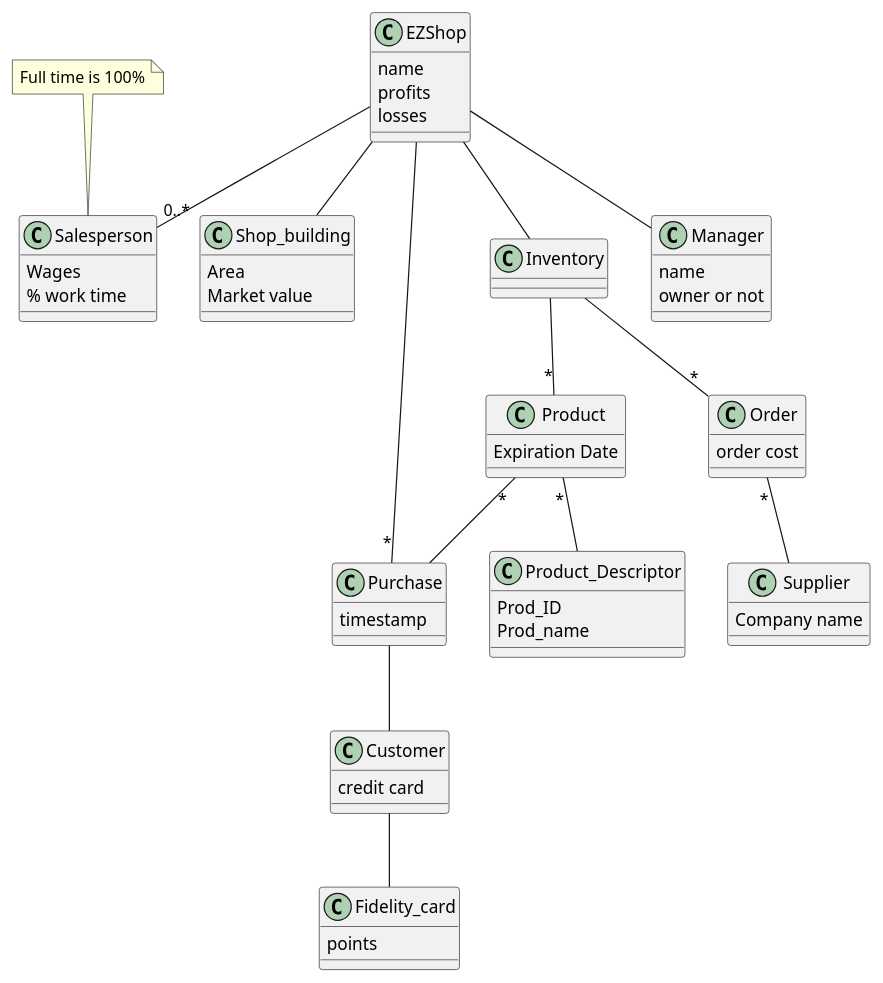
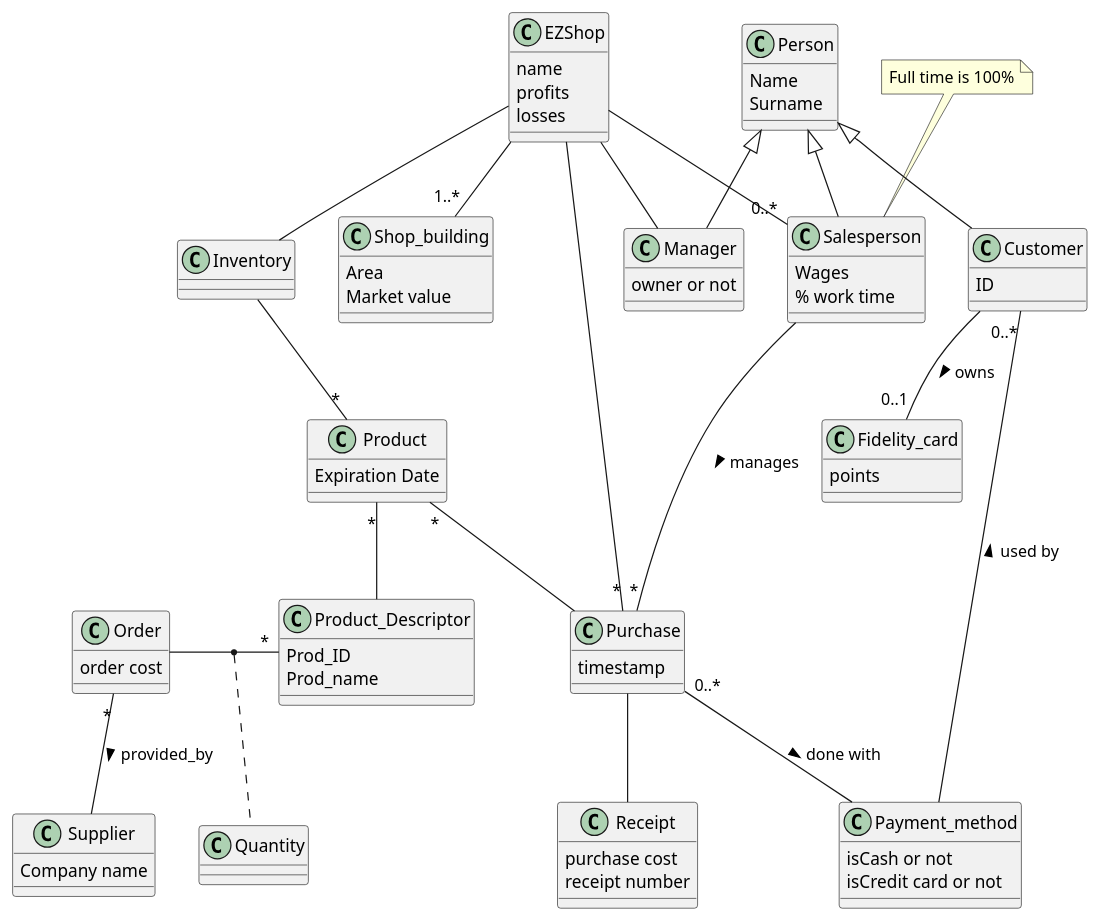
Before and after one commit to zitabou/EZShop: the fourth of 5 diagrams in Deliverables/RequirementsDocument.md, drawn with PlantUML. The commit also changed other lines of this file, not shown here.

Commit message:
Update RequirementsDocument.md (FR, diagrams)

````diff
--- a/Deliverables/RequirementsDocument.md
+++ b/Deliverables/RequirementsDocument.md
@@ -508,21 +530,25 @@
  profits
  losses
 }
+class Shop_building{
+ Area
+ Market value
+}
+class Person{
+ Name
+ Surname
+}
 class Salesperson {
  Wages
  % work time
 }
 class Manager{
- name
  owner or not
-}
-class Shop_building{
- Area
- Market value
 }
 class Order{
  order cost
 }
+
 class Supplier{
  Company name
 }
@@ -536,12 +562,21 @@
 class Purchase{
  timestamp
 }
+class Receipt{
+ purchase cost
+ receipt number
+}
+class Payment_method{
+ isCash or not
+ isCredit card or not
+}
 class Customer{
- credit card
+ ID
 }
 class Fidelity_card{
  points
 }
+
 class Inventory
 
 note "Full time is 100%" as spN
@@ -549,18 +584,27 @@
 
 EZShop -- Manager
 EZShop -- "0..*" Salesperson
-EZShop -- Shop_building
+EZShop -- "1..*" Shop_building
 EZShop -- "*" Purchase
 EZShop -- Inventory
+Salesperson --"*" Purchase: > manages
 
-Inventory -- "*" Order
-Order "*" -- Supplier
+Order "*" -- Supplier: > provided_by
 Inventory -- "*" Product
 
 Product "*" -- Product_Descriptor
 Product "*" -- Purchase
+Order - "*" Product_Descriptor
+(Order, Product_Descriptor) .. Quantity
 
-Purchase -- Customer
-Customer -- Fidelity_card
+Purchase -- Receipt
+Purchase "0..*"-- Payment_method: > done with
+Customer "0..*"-- Payment_method: < used by
+Customer --"0..1" Fidelity_card: > owns
+
+Person <|-- Manager
+Person <|-- Customer
+Person <|-- Salesperson
+
 @enduml
 ```
````
